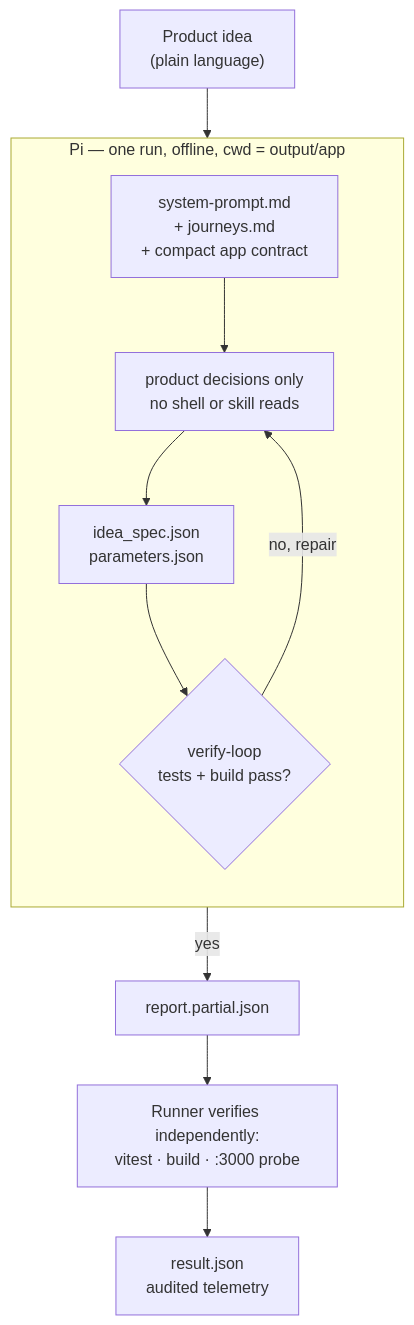
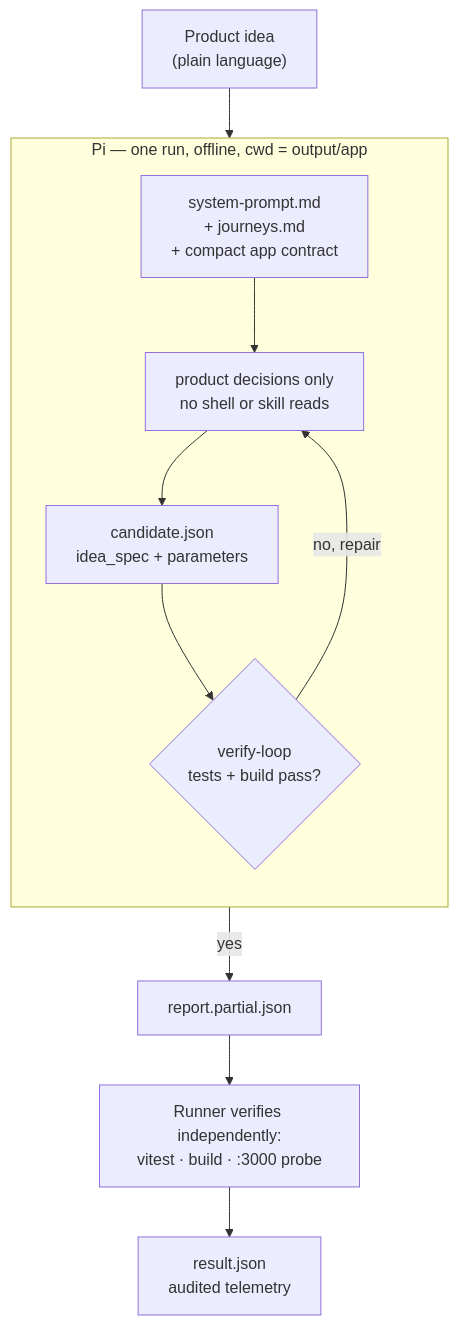
One commit to markus-marandi/agentcofounder changed the diagram in README.md. Above: the diagram before and after it, drawn with Mermaid. The commit also changed other lines of this file and 20 other files, not shown here.

````diff
--- a/README.md
+++ b/README.md
@@ -18,19 +18,19 @@
 ```mermaid
 flowchart TD
     idea["Product idea<br/>(plain language)"] --> pi
 
     subgraph pi["Pi — one run, offline, cwd = output/app"]
         direction TB
         prompt["system-prompt.md<br/>+ journeys.md<br/>+ compact app contract"]
         decisions["product decisions only<br/>no shell or skill reads"]
-        spec["idea_spec.json<br/>parameters.json"]
+        candidate["candidate.json<br/>idea_spec + parameters"]
         loop{"verify-loop<br/>tests + build pass?"}
 
-        prompt --> decisions --> spec --> loop
+        prompt --> decisions --> candidate --> loop
         loop -- "no, repair" --> decisions
     end
 
     loop -- yes --> report["report.partial.json"]
     report --> runner["Runner verifies independently:<br/>vitest · build · :3000 probe"]
     runner --> result["result.json<br/>audited telemetry"]
 ```
````
